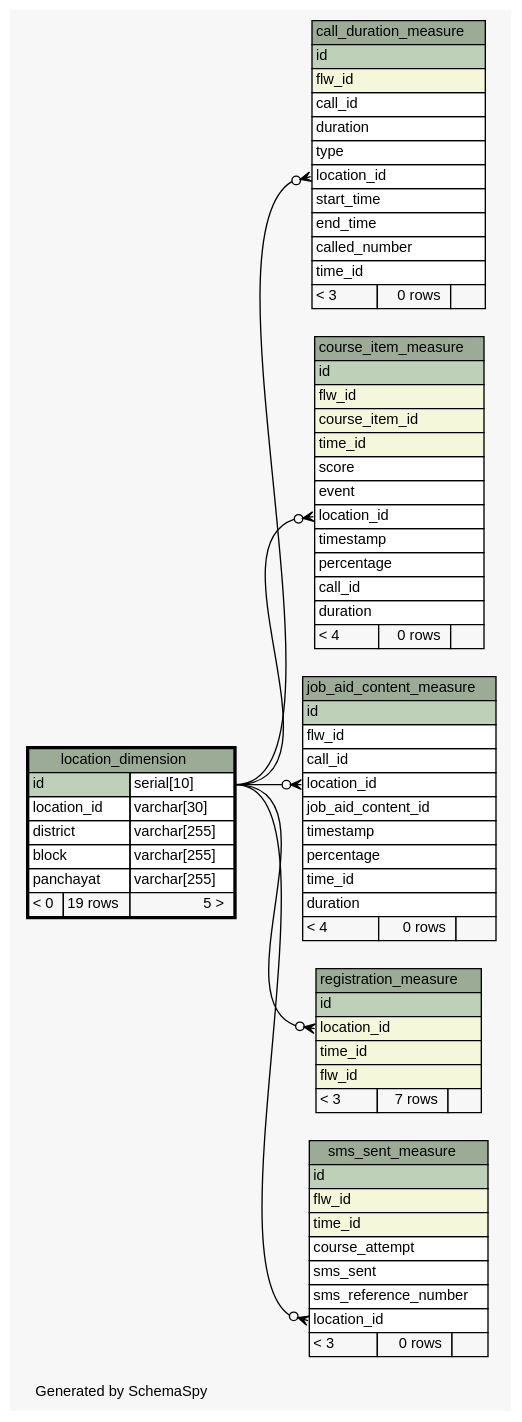
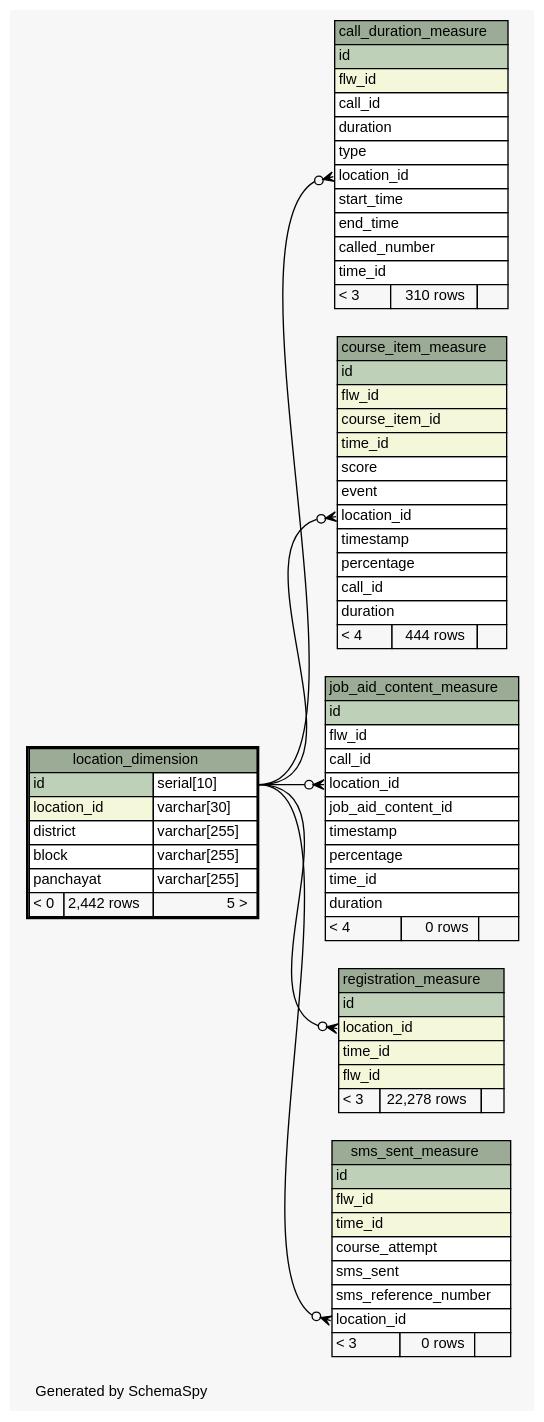
One commit to motech/ananya changed the diagram in ananya-report/build/schemaspy-output/diagrams/location_dimension.1degree.dot. Above: the diagram before and after it, drawn with Graphviz. The commit also changed 69 other files, not shown here.

```diff
--- a/ananya-report/build/schemaspy-output/diagrams/location_dimension.1degree.dot
+++ b/ananya-report/build/schemaspy-output/diagrams/location_dimension.1degree.dot
@@ -1,127 +1,127 @@
 // dot 2.26.3 on Linux 2.6.38-11-generic-pae
 // SchemaSpy rev 590
 digraph "oneDegreeRelationshipsDiagram" {
   graph [
     rankdir="RL"
     bgcolor="#f7f7f7"
     label="\nGenerated by SchemaSpy"
     labeljust="l"
     nodesep="0.18"
     ranksep="0.46"
     fontname="Helvetica"
     fontsize="11"
   ];
   node [
     fontname="Helvetica"
     fontsize="11"
     shape="plaintext"
   ];
   edge [
     arrowsize="0.8"
   ];
   "call_duration_measure":"location_id":w -> "location_dimension":"id.type":e [arrowhead=none dir=back arrowtail=crowodot];
   "course_item_measure":"location_id":w -> "location_dimension":"id.type":e [arrowhead=none dir=back arrowtail=crowodot];
   "job_aid_content_measure":"location_id":w -> "location_dimension":"id.type":e [arrowhead=none dir=back arrowtail=crowodot];
   "registration_measure":"location_id":w -> "location_dimension":"id.type":e [arrowhead=none dir=back arrowtail=crowodot];
   "sms_sent_measure":"location_id":w -> "location_dimension":"id.type":e [arrowhead=none dir=back arrowtail=crowodot];
   "call_duration_measure" [
     label=<
     <TABLE BORDER="0" CELLBORDER="1" CELLSPACING="0" BGCOLOR="#ffffff">
       <TR><TD COLSPAN="3" BGCOLOR="#9bab96" ALIGN="CENTER">call_duration_measure</TD></TR>
       <TR><TD PORT="id" COLSPAN="3" BGCOLOR="#bed1b8" ALIGN="LEFT">id</TD></TR>
       <TR><TD PORT="flw_id" COLSPAN="3" BGCOLOR="#f4f7da" ALIGN="LEFT">flw_id</TD></TR>
       <TR><TD PORT="call_id" COLSPAN="3" ALIGN="LEFT">call_id</TD></TR>
       <TR><TD PORT="duration" COLSPAN="3" ALIGN="LEFT">duration</TD></TR>
       <TR><TD PORT="type" COLSPAN="3" ALIGN="LEFT">type</TD></TR>
       <TR><TD PORT="location_id" COLSPAN="3" ALIGN="LEFT">location_id</TD></TR>
       <TR><TD PORT="start_time" COLSPAN="3" ALIGN="LEFT">start_time</TD></TR>
       <TR><TD PORT="end_time" COLSPAN="3" ALIGN="LEFT">end_time</TD></TR>
       <TR><TD PORT="called_number" COLSPAN="3" ALIGN="LEFT">called_number</TD></TR>
       <TR><TD PORT="time_id" COLSPAN="3" ALIGN="LEFT">time_id</TD></TR>
-      <TR><TD ALIGN="LEFT" BGCOLOR="#f7f7f7">&lt; 3</TD><TD ALIGN="RIGHT" BGCOLOR="#f7f7f7">0 rows</TD><TD ALIGN="RIGHT" BGCOLOR="#f7f7f7">  </TD></TR>
+      <TR><TD ALIGN="LEFT" BGCOLOR="#f7f7f7">&lt; 3</TD><TD ALIGN="RIGHT" BGCOLOR="#f7f7f7">310 rows</TD><TD ALIGN="RIGHT" BGCOLOR="#f7f7f7">  </TD></TR>
     </TABLE>>
     URL="call_duration_measure.html"
     tooltip="call_duration_measure"
   ];
   "course_item_measure" [
     label=<
     <TABLE BORDER="0" CELLBORDER="1" CELLSPACING="0" BGCOLOR="#ffffff">
       <TR><TD COLSPAN="3" BGCOLOR="#9bab96" ALIGN="CENTER">course_item_measure</TD></TR>
       <TR><TD PORT="id" COLSPAN="3" BGCOLOR="#bed1b8" ALIGN="LEFT">id</TD></TR>
       <TR><TD PORT="flw_id" COLSPAN="3" BGCOLOR="#f4f7da" ALIGN="LEFT">flw_id</TD></TR>
       <TR><TD PORT="course_item_id" COLSPAN="3" BGCOLOR="#f4f7da" ALIGN="LEFT">course_item_id</TD></TR>
       <TR><TD PORT="time_id" COLSPAN="3" BGCOLOR="#f4f7da" ALIGN="LEFT">time_id</TD></TR>
       <TR><TD PORT="score" COLSPAN="3" ALIGN="LEFT">score</TD></TR>
       <TR><TD PORT="event" COLSPAN="3" ALIGN="LEFT">event</TD></TR>
       <TR><TD PORT="location_id" COLSPAN="3" ALIGN="LEFT">location_id</TD></TR>
       <TR><TD PORT="timestamp" COLSPAN="3" ALIGN="LEFT">timestamp</TD></TR>
       <TR><TD PORT="percentage" COLSPAN="3" ALIGN="LEFT">percentage</TD></TR>
       <TR><TD PORT="call_id" COLSPAN="3" ALIGN="LEFT">call_id</TD></TR>
       <TR><TD PORT="duration" COLSPAN="3" ALIGN="LEFT">duration</TD></TR>
-      <TR><TD ALIGN="LEFT" BGCOLOR="#f7f7f7">&lt; 4</TD><TD ALIGN="RIGHT" BGCOLOR="#f7f7f7">0 rows</TD><TD ALIGN="RIGHT" BGCOLOR="#f7f7f7">  </TD></TR>
+      <TR><TD ALIGN="LEFT" BGCOLOR="#f7f7f7">&lt; 4</TD><TD ALIGN="RIGHT" BGCOLOR="#f7f7f7">444 rows</TD><TD ALIGN="RIGHT" BGCOLOR="#f7f7f7">  </TD></TR>
     </TABLE>>
     URL="course_item_measure.html"
     tooltip="course_item_measure"
   ];
   "job_aid_content_measure" [
     label=<
     <TABLE BORDER="0" CELLBORDER="1" CELLSPACING="0" BGCOLOR="#ffffff">
       <TR><TD COLSPAN="3" BGCOLOR="#9bab96" ALIGN="CENTER">job_aid_content_measure</TD></TR>
       <TR><TD PORT="id" COLSPAN="3" BGCOLOR="#bed1b8" ALIGN="LEFT">id</TD></TR>
       <TR><TD PORT="flw_id" COLSPAN="3" ALIGN="LEFT">flw_id</TD></TR>
       <TR><TD PORT="call_id" COLSPAN="3" ALIGN="LEFT">call_id</TD></TR>
       <TR><TD PORT="location_id" COLSPAN="3" ALIGN="LEFT">location_id</TD></TR>
       <TR><TD PORT="job_aid_content_id" COLSPAN="3" ALIGN="LEFT">job_aid_content_id</TD></TR>
       <TR><TD PORT="timestamp" COLSPAN="3" ALIGN="LEFT">timestamp</TD></TR>
       <TR><TD PORT="percentage" COLSPAN="3" ALIGN="LEFT">percentage</TD></TR>
       <TR><TD PORT="time_id" COLSPAN="3" ALIGN="LEFT">time_id</TD></TR>
       <TR><TD PORT="duration" COLSPAN="3" ALIGN="LEFT">duration</TD></TR>
       <TR><TD ALIGN="LEFT" BGCOLOR="#f7f7f7">&lt; 4</TD><TD ALIGN="RIGHT" BGCOLOR="#f7f7f7">0 rows</TD><TD ALIGN="RIGHT" BGCOLOR="#f7f7f7">  </TD></TR>
     </TABLE>>
     URL="job_aid_content_measure.html"
     tooltip="job_aid_content_measure"
   ];
   "location_dimension" [
     label=<
     <TABLE BORDER="2" CELLBORDER="1" CELLSPACING="0" BGCOLOR="#ffffff">
       <TR><TD COLSPAN="3" BGCOLOR="#9bab96" ALIGN="CENTER">location_dimension</TD></TR>
       <TR><TD PORT="id" COLSPAN="2" BGCOLOR="#bed1b8" ALIGN="LEFT">id</TD><TD PORT="id.type" ALIGN="LEFT">serial[10]</TD></TR>
-      <TR><TD PORT="location_id" COLSPAN="2" ALIGN="LEFT">location_id</TD><TD PORT="location_id.type" ALIGN="LEFT">varchar[30]</TD></TR>
+      <TR><TD PORT="location_id" COLSPAN="2" BGCOLOR="#f4f7da" ALIGN="LEFT">location_id</TD><TD PORT="location_id.type" ALIGN="LEFT">varchar[30]</TD></TR>
       <TR><TD PORT="district" COLSPAN="2" ALIGN="LEFT">district</TD><TD PORT="district.type" ALIGN="LEFT">varchar[255]</TD></TR>
       <TR><TD PORT="block" COLSPAN="2" ALIGN="LEFT">block</TD><TD PORT="block.type" ALIGN="LEFT">varchar[255]</TD></TR>
       <TR><TD PORT="panchayat" COLSPAN="2" ALIGN="LEFT">panchayat</TD><TD PORT="panchayat.type" ALIGN="LEFT">varchar[255]</TD></TR>
-      <TR><TD ALIGN="LEFT" BGCOLOR="#f7f7f7">&lt; 0</TD><TD ALIGN="RIGHT" BGCOLOR="#f7f7f7">19 rows</TD><TD ALIGN="RIGHT" BGCOLOR="#f7f7f7">5 &gt;</TD></TR>
+      <TR><TD ALIGN="LEFT" BGCOLOR="#f7f7f7">&lt; 0</TD><TD ALIGN="RIGHT" BGCOLOR="#f7f7f7">2,442 rows</TD><TD ALIGN="RIGHT" BGCOLOR="#f7f7f7">5 &gt;</TD></TR>
     </TABLE>>
     URL="location_dimension.html"
     tooltip="location_dimension"
   ];
   "registration_measure" [
     label=<
     <TABLE BORDER="0" CELLBORDER="1" CELLSPACING="0" BGCOLOR="#ffffff">
       <TR><TD COLSPAN="3" BGCOLOR="#9bab96" ALIGN="CENTER">registration_measure</TD></TR>
       <TR><TD PORT="id" COLSPAN="3" BGCOLOR="#bed1b8" ALIGN="LEFT">id</TD></TR>
       <TR><TD PORT="location_id" COLSPAN="3" BGCOLOR="#f4f7da" ALIGN="LEFT">location_id</TD></TR>
       <TR><TD PORT="time_id" COLSPAN="3" BGCOLOR="#f4f7da" ALIGN="LEFT">time_id</TD></TR>
       <TR><TD PORT="flw_id" COLSPAN="3" BGCOLOR="#f4f7da" ALIGN="LEFT">flw_id</TD></TR>
-      <TR><TD ALIGN="LEFT" BGCOLOR="#f7f7f7">&lt; 3</TD><TD ALIGN="RIGHT" BGCOLOR="#f7f7f7">7 rows</TD><TD ALIGN="RIGHT" BGCOLOR="#f7f7f7">  </TD></TR>
+      <TR><TD ALIGN="LEFT" BGCOLOR="#f7f7f7">&lt; 3</TD><TD ALIGN="RIGHT" BGCOLOR="#f7f7f7">22,278 rows</TD><TD ALIGN="RIGHT" BGCOLOR="#f7f7f7">  </TD></TR>
     </TABLE>>
     URL="registration_measure.html"
     tooltip="registration_measure"
   ];
   "sms_sent_measure" [
     label=<
     <TABLE BORDER="0" CELLBORDER="1" CELLSPACING="0" BGCOLOR="#ffffff">
       <TR><TD COLSPAN="3" BGCOLOR="#9bab96" ALIGN="CENTER">sms_sent_measure</TD></TR>
       <TR><TD PORT="id" COLSPAN="3" BGCOLOR="#bed1b8" ALIGN="LEFT">id</TD></TR>
       <TR><TD PORT="flw_id" COLSPAN="3" BGCOLOR="#f4f7da" ALIGN="LEFT">flw_id</TD></TR>
       <TR><TD PORT="time_id" COLSPAN="3" BGCOLOR="#f4f7da" ALIGN="LEFT">time_id</TD></TR>
       <TR><TD PORT="course_attempt" COLSPAN="3" ALIGN="LEFT">course_attempt</TD></TR>
       <TR><TD PORT="sms_sent" COLSPAN="3" ALIGN="LEFT">sms_sent</TD></TR>
       <TR><TD PORT="sms_reference_number" COLSPAN="3" ALIGN="LEFT">sms_reference_number</TD></TR>
       <TR><TD PORT="location_id" COLSPAN="3" ALIGN="LEFT">location_id</TD></TR>
       <TR><TD ALIGN="LEFT" BGCOLOR="#f7f7f7">&lt; 3</TD><TD ALIGN="RIGHT" BGCOLOR="#f7f7f7">0 rows</TD><TD ALIGN="RIGHT" BGCOLOR="#f7f7f7">  </TD></TR>
     </TABLE>>
     URL="sms_sent_measure.html"
     tooltip="sms_sent_measure"
   ];
 }
```
